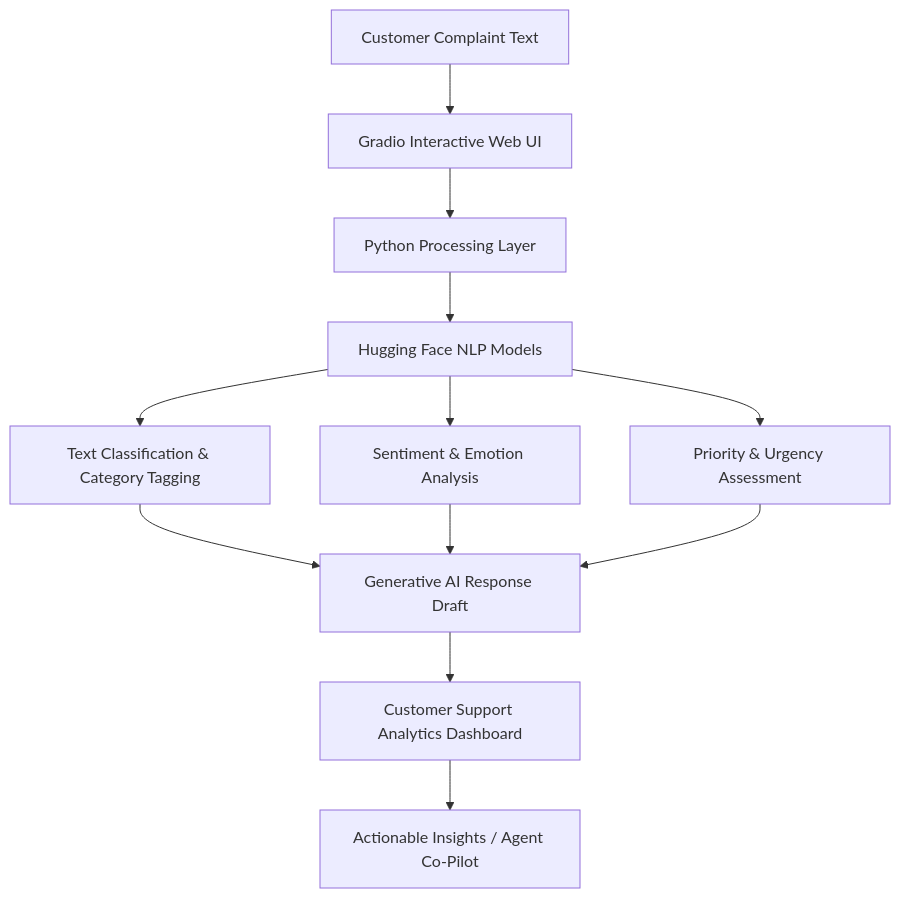
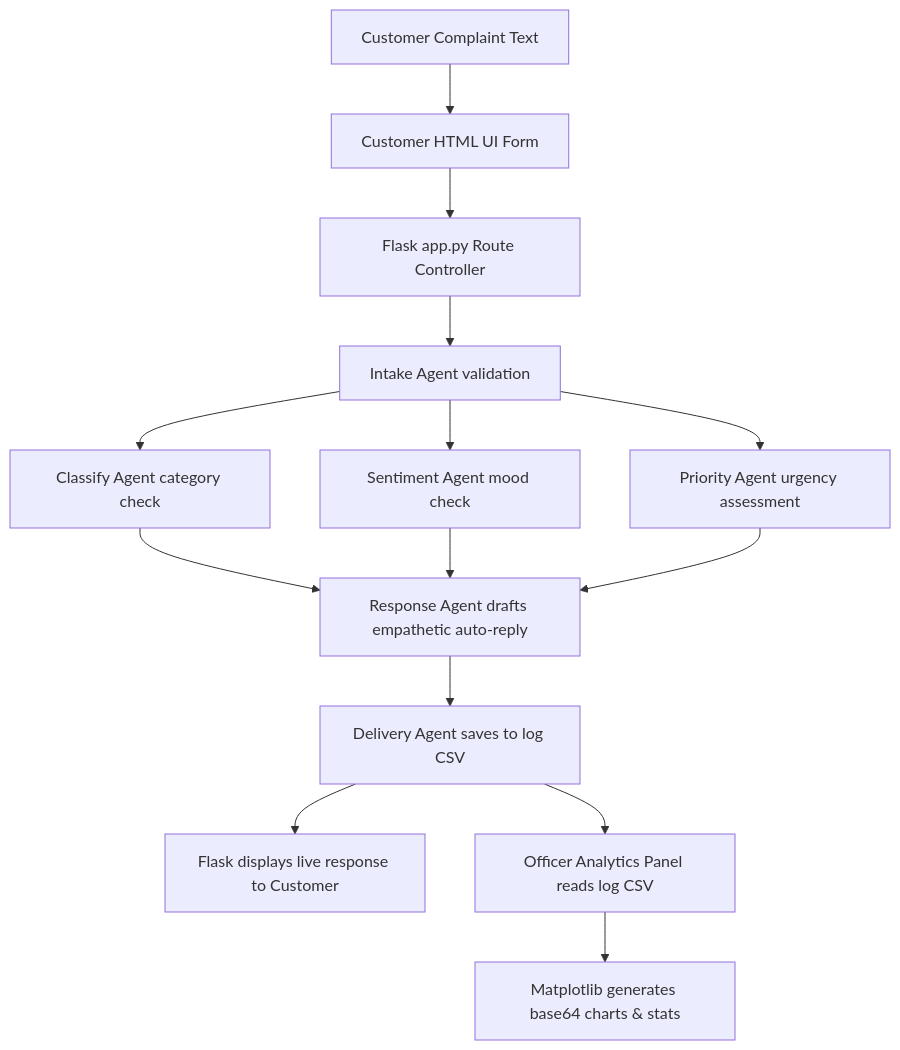
The diagram in README.md (oliviaplasid04-ops/add_on), drawn with Mermaid before and after one commit. The commit also changed other lines of this file, not shown here.

````diff
--- a/README.md
+++ b/README.md
@@ -99,12 +69,14 @@
 ```mermaid
 graph TD
-    A[Customer Complaint Text] --> B[Gradio Interactive Web UI]
-    B --> C[Python Processing Layer]
-    C --> D[Hugging Face NLP Models]
-    D --> E[Text Classification & Category Tagging]
-    D --> F[Sentiment & Emotion Analysis]
-    D --> G[Priority & Urgency Assessment]
-    E & F & G --> H[Generative AI Response Draft]
-    H --> I[Customer Support Analytics Dashboard]
-    I --> J[Actionable Insights / Agent Co-Pilot]
+    A[Customer Complaint Text] --> B[Customer HTML UI Form]
+    B --> C[Flask app.py Route Controller]
+    C --> D[Intake Agent validation]
+    D --> E[Classify Agent category check]
+    D --> F[Sentiment Agent mood check]
+    D --> G[Priority Agent urgency assessment]
+    E & F & G --> H[Response Agent drafts empathetic auto-reply]
+    H --> I[Delivery Agent saves to log CSV]
+    I --> J[Flask displays live response to Customer]
+    I --> K[Officer Analytics Panel reads log CSV]
+    K --> L[Matplotlib generates base64 charts & stats]
 ```
````
